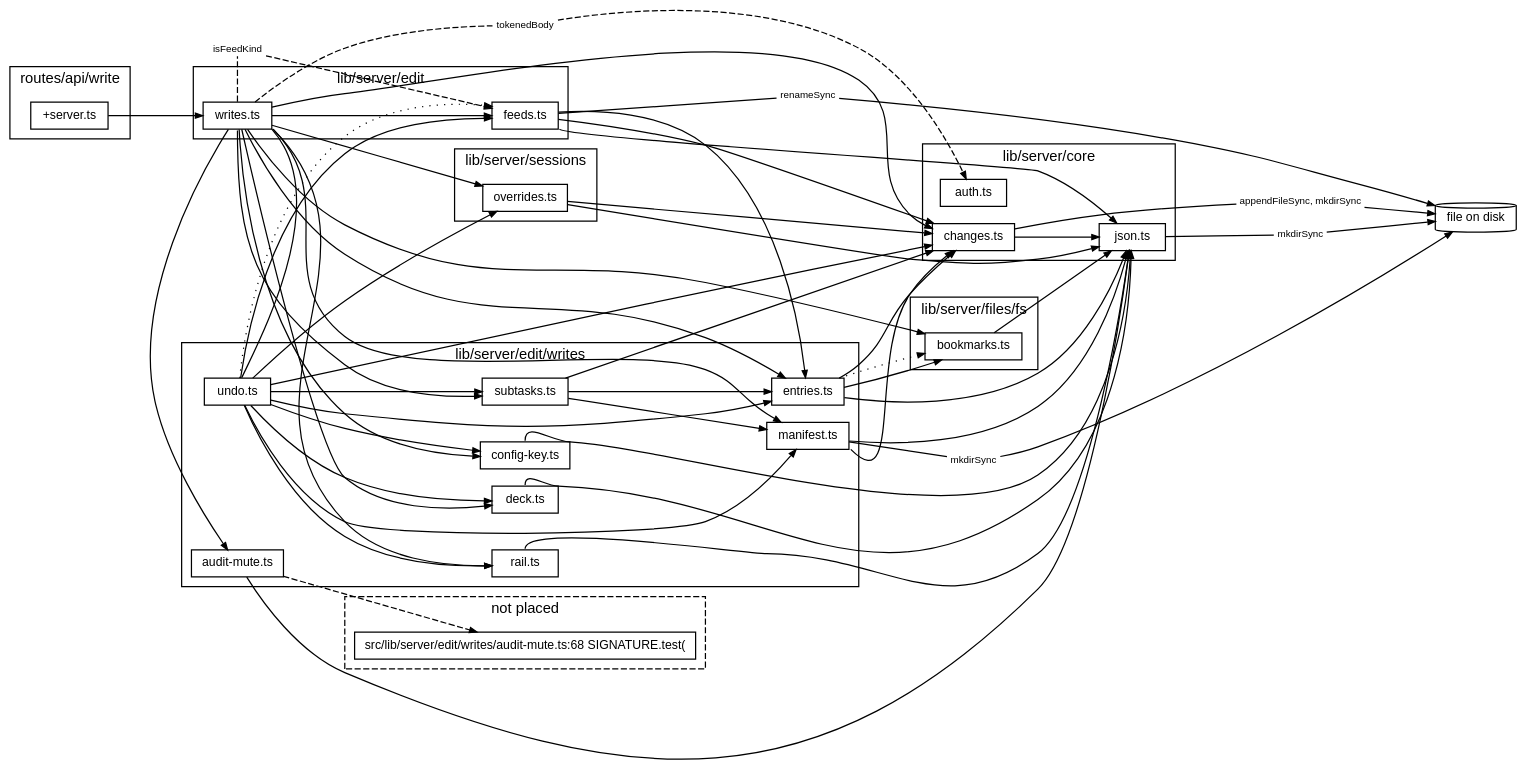
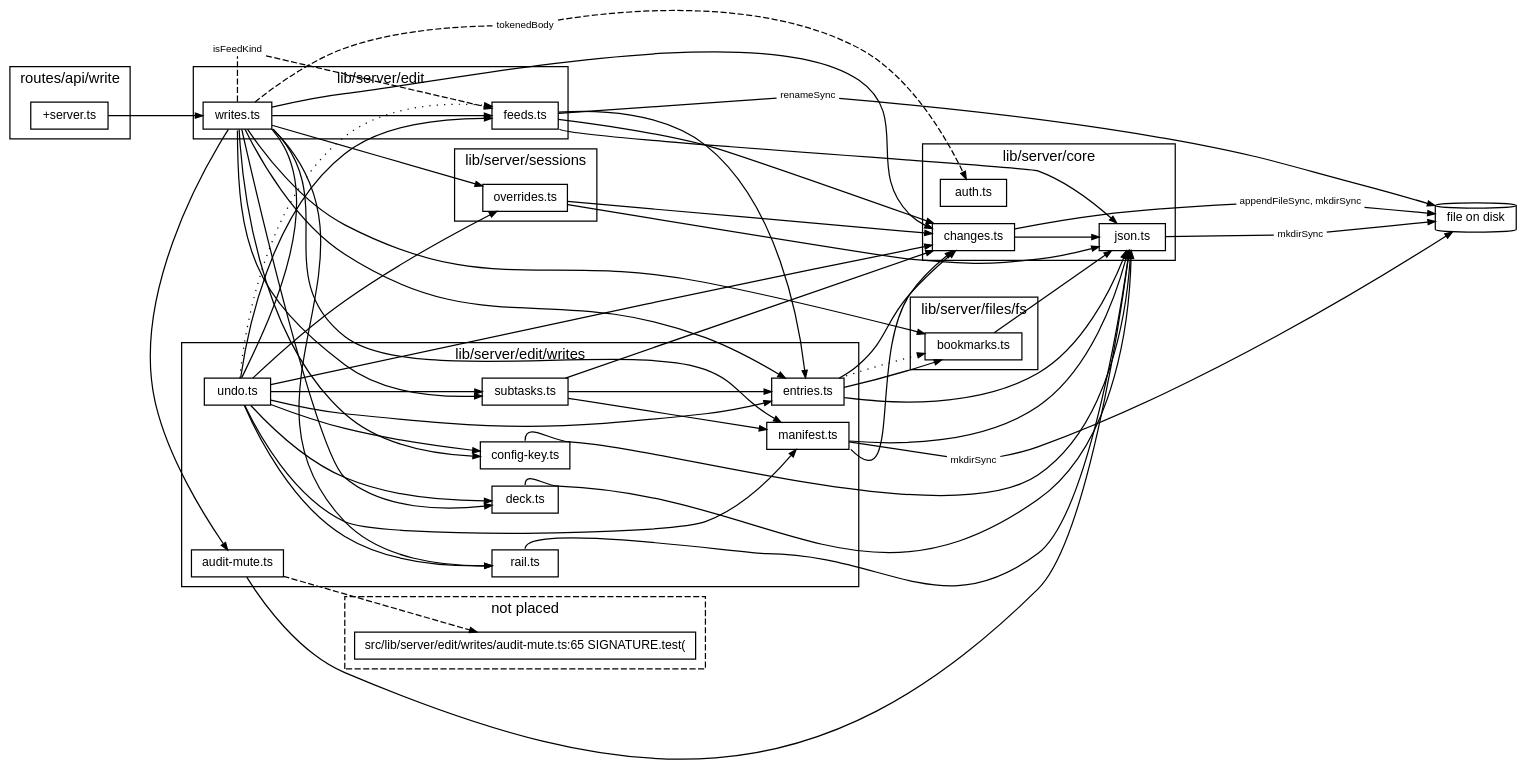
The diagram in docs/diagrams/writes.dot (TheAxeC/oculus), drawn with Graphviz before and after one commit. The commit also changed 56 other files, not shown here.

```diff
--- a/docs/diagrams/writes.dot
+++ b/docs/diagrams/writes.dot
@@ -1,114 +1,114 @@
 digraph writes {
     graph [bgcolor="transparent", rankdir=LR, fontname="Helvetica,Arial,sans-serif", fontsize=12, nodesep=0.2, ranksep=0.8];
     node [shape=box, color="black", fontcolor="black", fontname="Helvetica,Arial,sans-serif", fontsize=10, height=0.3, margin="0.12,0.04"];
     edge [color="black", fontcolor="black", fontname="Helvetica,Arial,sans-serif", fontsize=8, arrowsize=0.6];
     subgraph "cluster_lib/server/core" {
         label="lib/server/core"; style=solid;
         "lib/server/core/auth.ts" [label="auth.ts"];
         "lib/server/core/changes.ts" [label="changes.ts"];
         "lib/server/core/json.ts" [label="json.ts"];
     }
     subgraph "cluster_lib/server/edit" {
         label="lib/server/edit"; style=solid;
         "lib/server/edit/feeds.ts" [label="feeds.ts"];
         "lib/server/edit/writes.ts" [label="writes.ts"];
     }
     subgraph "cluster_lib/server/edit/writes" {
         label="lib/server/edit/writes"; style=solid;
         "lib/server/edit/writes/audit-mute.ts" [label="audit-mute.ts"];
         "lib/server/edit/writes/config-key.ts" [label="config-key.ts"];
         "lib/server/edit/writes/deck.ts" [label="deck.ts"];
         "lib/server/edit/writes/entries.ts" [label="entries.ts"];
         "lib/server/edit/writes/manifest.ts" [label="manifest.ts"];
         "lib/server/edit/writes/rail.ts" [label="rail.ts"];
         "lib/server/edit/writes/subtasks.ts" [label="subtasks.ts"];
         "lib/server/edit/writes/undo.ts" [label="undo.ts"];
     }
     subgraph "cluster_lib/server/files/fs" {
         label="lib/server/files/fs"; style=solid;
         "lib/server/files/fs/bookmarks.ts" [label="bookmarks.ts"];
     }
     subgraph "cluster_lib/server/sessions" {
         label="lib/server/sessions"; style=solid;
         "lib/server/sessions/overrides.ts" [label="overrides.ts"];
     }
     subgraph "cluster_routes/api/write" {
         label="routes/api/write"; style=solid;
         "routes/api/write/+server.ts" [label="+server.ts"];
     }
     subgraph "cluster_lost" {
         label="not placed"; style=dashed;
-        "? src/lib/server/edit/writes/audit-mute.ts:68" [label="src/lib/server/edit/writes/audit-mute.ts:68 SIGNATURE.test("];
+        "? src/lib/server/edit/writes/audit-mute.ts:65" [label="src/lib/server/edit/writes/audit-mute.ts:65 SIGNATURE.test("];
     }
     "file on disk" [shape=cylinder];
     "lib/server/core/changes.ts to file on disk (calls)" [label="appendFileSync, mkdirSync", shape=box, color="transparent", fontsize=8, width=0, height=0, margin="0.04,0.02"];
     "lib/server/core/changes.ts" -> "lib/server/core/changes.ts to file on disk (calls)" [arrowhead=none];
     "lib/server/core/changes.ts to file on disk (calls)" -> "file on disk" [];
     "lib/server/core/changes.ts" -> "lib/server/core/json.ts" [tooltip="chained, writeTextAtomic"];
     "lib/server/core/json.ts to file on disk (calls)" [label="mkdirSync", shape=box, color="transparent", fontsize=8, width=0, height=0, margin="0.04,0.02"];
     "lib/server/core/json.ts" -> "lib/server/core/json.ts to file on disk (calls)" [arrowhead=none];
     "lib/server/core/json.ts to file on disk (calls)" -> "file on disk" [];
     "lib/server/edit/feeds.ts to file on disk (calls)" [label="renameSync", shape=box, color="transparent", fontsize=8, width=0, height=0, margin="0.04,0.02"];
     "lib/server/edit/feeds.ts" -> "lib/server/edit/feeds.ts to file on disk (calls)" [arrowhead=none];
     "lib/server/edit/feeds.ts to file on disk (calls)" -> "file on disk" [];
     "lib/server/edit/feeds.ts" -> "lib/server/core/changes.ts" [tooltip="plain"];
     "lib/server/edit/feeds.ts" -> "lib/server/core/json.ts" [tailport=se, tooltip="writeTextAtomic"];
     "lib/server/edit/feeds.ts" -> "lib/server/edit/writes/entries.ts" [tooltip="saved"];
     "lib/server/edit/writes.ts to lib/server/core/auth.ts (refuses)" [label="tokenedBody", shape=box, color="transparent", fontsize=8, width=0, height=0, margin="0.04,0.02"];
     "lib/server/edit/writes.ts" -> "lib/server/edit/writes.ts to lib/server/core/auth.ts (refuses)" [arrowhead=none, style=dashed];
     "lib/server/edit/writes.ts to lib/server/core/auth.ts (refuses)" -> "lib/server/core/auth.ts" [style=dashed];
     "lib/server/edit/writes.ts" -> "lib/server/core/changes.ts" [tooltip="changeAt, defaultChangesPath, logChanges
 pathOf"];
     "lib/server/edit/writes.ts" -> "lib/server/edit/feeds.ts" [tooltip="addLead, addLinkedinIdea, deleteFeedEntry
 markLinkedinPosted, writeFeedField"];
     "lib/server/edit/writes.ts to lib/server/edit/feeds.ts (refuses)" [label="isFeedKind", shape=box, color="transparent", fontsize=8, width=0, height=0, margin="0.04,0.02"];
     "lib/server/edit/writes.ts" -> "lib/server/edit/writes.ts to lib/server/edit/feeds.ts (refuses)" [arrowhead=none, style=dashed];
     "lib/server/edit/writes.ts to lib/server/edit/feeds.ts (refuses)" -> "lib/server/edit/feeds.ts" [style=dashed];
     "lib/server/edit/writes.ts" -> "lib/server/edit/writes/audit-mute.ts" [tooltip="writeMute"];
     "lib/server/edit/writes.ts" -> "lib/server/edit/writes/config-key.ts" [tooltip="writeConfigKey"];
     "lib/server/edit/writes.ts" -> "lib/server/edit/writes/deck.ts" [tooltip="writeDeck"];
     "lib/server/edit/writes.ts" -> "lib/server/edit/writes/entries.ts" [tooltip="createEntry, removeEntry, reorderCollection
 writeEntry"];
     "lib/server/edit/writes.ts" -> "lib/server/edit/writes/manifest.ts" [tailport=se, tooltip="createIdea, writeManifest"];
     "lib/server/edit/writes.ts" -> "lib/server/edit/writes/rail.ts" [tailport=se, tooltip="writeRail"];
     "lib/server/edit/writes.ts" -> "lib/server/edit/writes/subtasks.ts" [tailport=s, tooltip="careerRules, writeHost, writeSubtask
 writeSubtaskAdd"];
     "lib/server/edit/writes.ts" -> "lib/server/edit/writes/undo.ts" [tailport=se, tooltip="undoChange"];
     "lib/server/edit/writes.ts" -> "lib/server/files/fs/bookmarks.ts" [tooltip="defaultBookmarksPath"];
     "lib/server/edit/writes.ts" -> "lib/server/sessions/overrides.ts" [tooltip="setFlag, setOverride"];
-    "lib/server/edit/writes/audit-mute.ts" -> "? src/lib/server/edit/writes/audit-mute.ts:68" [style=dashed];
+    "lib/server/edit/writes/audit-mute.ts" -> "? src/lib/server/edit/writes/audit-mute.ts:65" [style=dashed];
     "lib/server/edit/writes/audit-mute.ts" -> "lib/server/core/json.ts" [tooltip="writeTextAtomic"];
     "lib/server/edit/writes/config-key.ts" -> "lib/server/core/json.ts" [tailport=n, tooltip="writeTextAtomic"];
     "lib/server/edit/writes/deck.ts" -> "lib/server/core/json.ts" [tailport=n, tooltip="writeTextAtomic"];
     "lib/server/edit/writes/entries.ts" -> "lib/server/core/changes.ts" [tooltip="plain"];
     "lib/server/edit/writes/entries.ts" -> "lib/server/core/json.ts" [tooltip="writeTextAtomic"];
     "lib/server/edit/writes/entries.ts" -> "lib/server/files/fs/bookmarks.ts" [tooltip="ensureBookmarksFile"];
     "lib/server/edit/writes/entries.ts" -> "lib/server/files/fs/bookmarks.ts" [tooltip="BOOKMARKS", style=dotted];
     "lib/server/edit/writes/manifest.ts to file on disk (calls)" [label="mkdirSync", shape=box, color="transparent", fontsize=8, width=0, height=0, margin="0.04,0.02"];
     "lib/server/edit/writes/manifest.ts" -> "lib/server/edit/writes/manifest.ts to file on disk (calls)" [arrowhead=none];
     "lib/server/edit/writes/manifest.ts to file on disk (calls)" -> "file on disk" [];
     "lib/server/edit/writes/manifest.ts" -> "lib/server/core/changes.ts" [tailport=se, tooltip="plain"];
     "lib/server/edit/writes/manifest.ts" -> "lib/server/core/json.ts" [tooltip="writeTextAtomic"];
     "lib/server/edit/writes/rail.ts" -> "lib/server/core/json.ts" [tailport=n, tooltip="writeTextAtomic"];
     "lib/server/edit/writes/subtasks.ts" -> "lib/server/core/changes.ts" [tooltip="plain"];
     "lib/server/edit/writes/subtasks.ts" -> "lib/server/edit/writes/entries.ts" [tooltip="identityOf, readCollection, saved"];
     "lib/server/edit/writes/subtasks.ts" -> "lib/server/edit/writes/manifest.ts" [tooltip="insideHub"];
     "lib/server/edit/writes/undo.ts" -> "lib/server/core/changes.ts" [tooltip="same"];
     "lib/server/edit/writes/undo.ts" -> "lib/server/edit/feeds.ts" [tooltip="deleteFeedEntry, isFeedKind, readFeedFile
 restoreFeedEntry, writeFeedField"];
     "lib/server/edit/writes/undo.ts" -> "lib/server/edit/feeds.ts" [tooltip="FEED_RULES", style=dotted];
     "lib/server/edit/writes/undo.ts" -> "lib/server/edit/writes/config-key.ts" [tooltip="configKeyNow, writeConfigKey"];
     "lib/server/edit/writes/undo.ts" -> "lib/server/edit/writes/deck.ts" [tooltip="deckNow, writeDeck"];
     "lib/server/edit/writes/undo.ts" -> "lib/server/edit/writes/entries.ts" [tooltip="createEntry, entryOf, idOfIdentity
 identityOrder, readCollection, removeEntry
 reorderCollection, writeEntry"];
     "lib/server/edit/writes/undo.ts" -> "lib/server/edit/writes/manifest.ts" [tooltip="manifestValue, writeManifest"];
     "lib/server/edit/writes/undo.ts" -> "lib/server/edit/writes/rail.ts" [tooltip="railNow, writeRail"];
     "lib/server/edit/writes/undo.ts" -> "lib/server/edit/writes/subtasks.ts" [tooltip="hostStatus, restoreSubtask, subtaskValue
 writeHost, writeSubtask, writeSubtaskAdd"];
     "lib/server/edit/writes/undo.ts" -> "lib/server/sessions/overrides.ts" [tooltip="overrides, setFlag, setOverride"];
     "lib/server/files/fs/bookmarks.ts" -> "lib/server/core/json.ts" [tooltip="writeTextAtomic"];
     "lib/server/sessions/overrides.ts" -> "lib/server/core/changes.ts" [tooltip="plain"];
     "lib/server/sessions/overrides.ts" -> "lib/server/core/json.ts" [tooltip="readJson, writeJsonAtomic"];
     "routes/api/write/+server.ts" -> "lib/server/edit/writes.ts" [tooltip="handleWrite, target"];
 }
```
